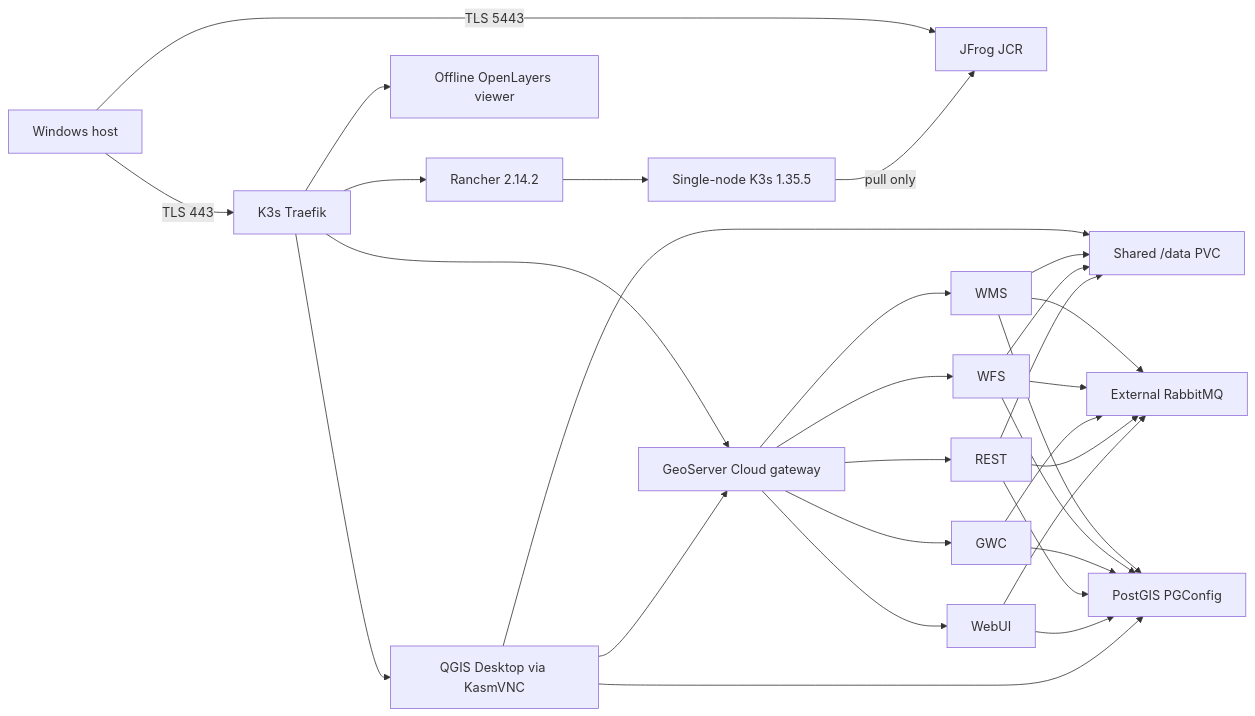
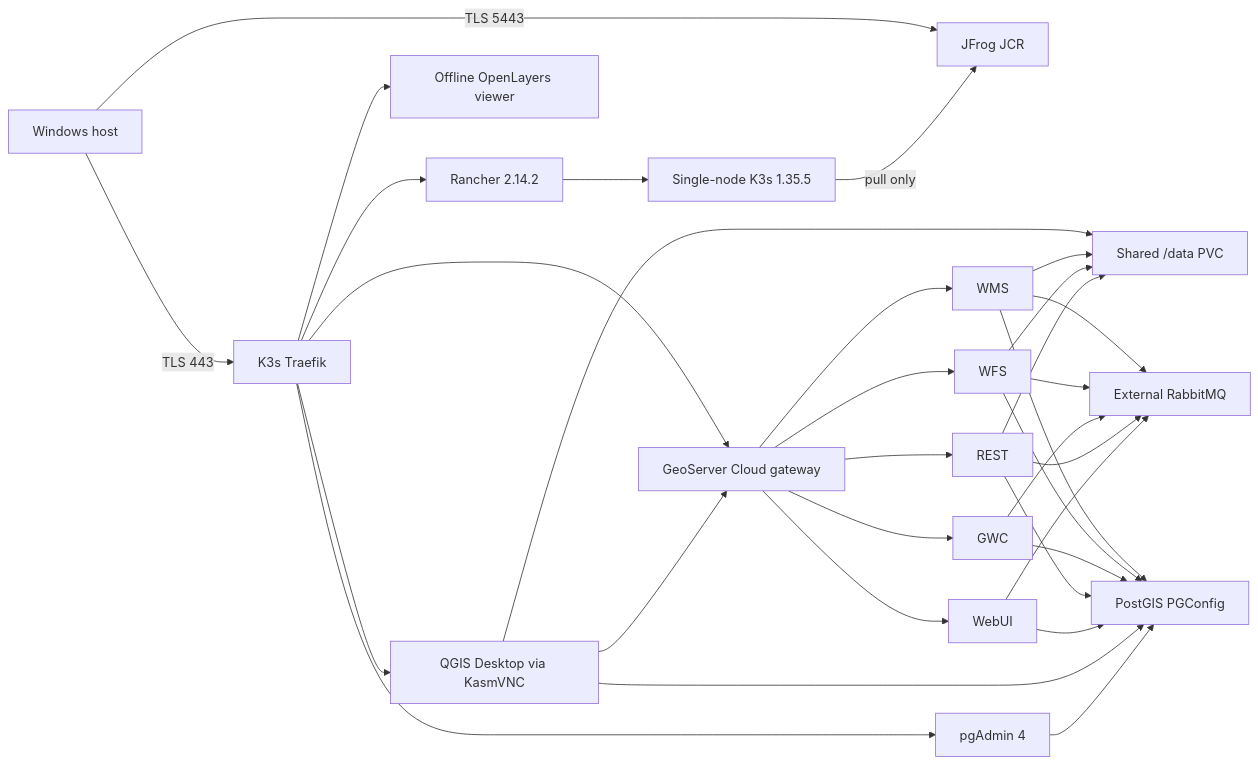
One commit to AShapira/geoserver-cloud-rancher changed the diagram in docs/architecture.md. Above: the diagram before and after it, drawn with Mermaid. The commit also changed other lines of this file and 16 other files, not shown here.

````diff
--- a/docs/architecture.md
+++ b/docs/architecture.md
@@ -12,32 +12,34 @@
 ```mermaid
 flowchart LR
   Host["Windows host"] -->|TLS 5443| JCR["JFrog JCR"]
   Host -->|TLS 443| Ingress["K3s Traefik"]
   Rancher["Rancher 2.14.2"] --> K8s["Single-node K3s 1.35.5"]
   Ingress --> Rancher
   Ingress --> Viewer["Offline OpenLayers viewer"]
   Ingress --> QGIS["QGIS Desktop via KasmVNC"]
+  Ingress --> PgAdmin["pgAdmin 4"]
   Ingress --> Gateway["GeoServer Cloud gateway"]
   Gateway --> WMS
   Gateway --> WFS
   Gateway --> GWC
   Gateway --> REST
   Gateway --> WebUI
   WMS --> PG["PostGIS PGConfig"]
   WFS --> PG
   GWC --> PG
   REST --> PG
   WebUI --> PG
   WMS --> RMQ["External RabbitMQ"]
   WFS --> RMQ
   GWC --> RMQ
   REST --> RMQ
   WebUI --> RMQ
   QGIS --> Gateway
   QGIS --> PG
+  PgAdmin --> PG
   QGIS --> Data["Shared /data PVC"]
   WMS --> Data
   WFS --> Data
   REST --> Data
   K8s -->|pull only| JCR
 ```
````
